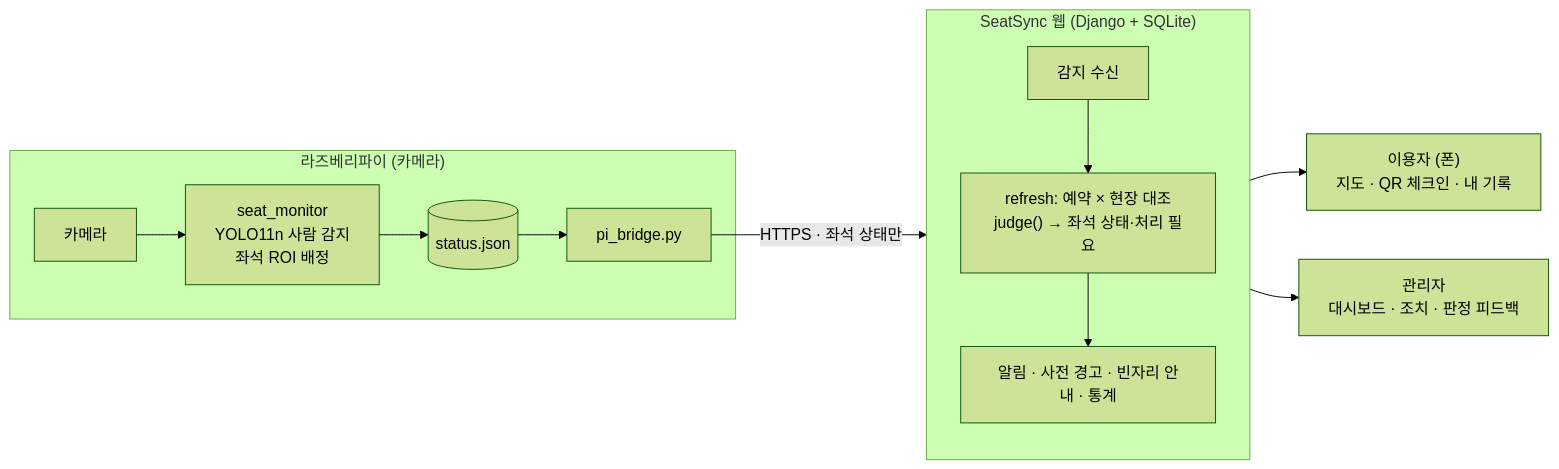
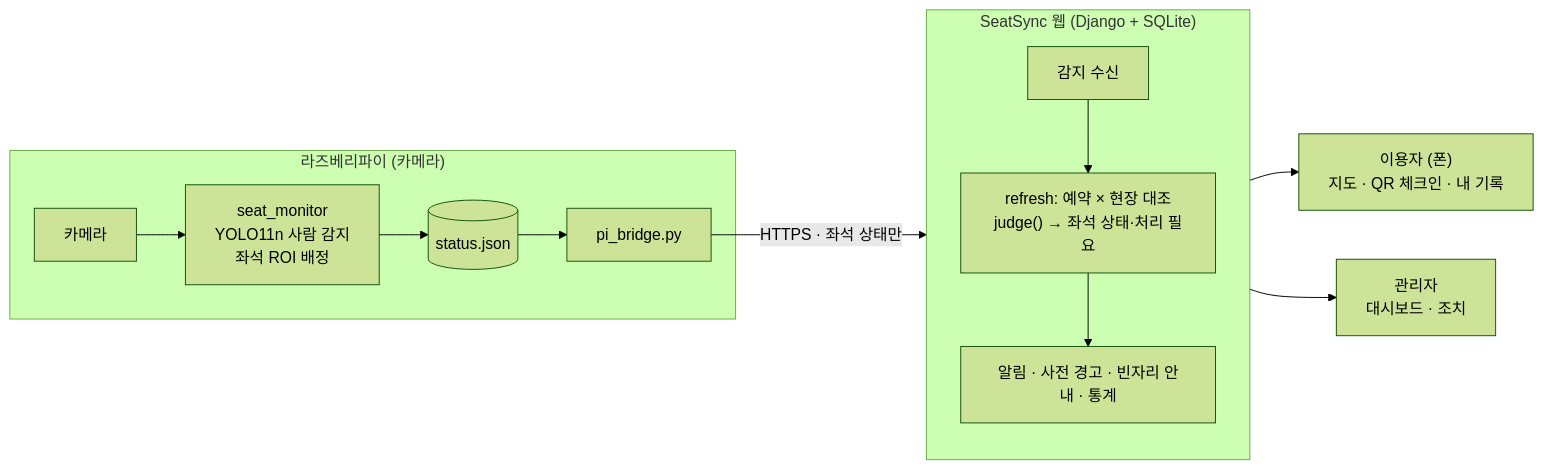
The diagram in README.md (yugh27194/SeatSync), drawn with Mermaid (forest theme) before and after one commit. The commit also changed other lines of this file and 19 other files, not shown here.

````diff
--- a/README.md
+++ b/README.md
@@ -37,13 +37,13 @@
 ```mermaid
 flowchart LR
   subgraph PI["라즈베리파이 (카메라)"]
     C["카메라"] --> M["seat_monitor<br/>YOLO11n 사람 감지<br/>좌석 ROI 배정"] --> S[("status.json")] --> B["pi_bridge.py"]
   end
   B -- "HTTPS · 좌석 상태만" --> W
   subgraph W["SeatSync 웹 (Django + SQLite)"]
     D["감지 수신"] --> R["refresh: 예약 × 현장 대조<br/>judge() → 좌석 상태·처리 필요"]
     R --> N["알림 · 사전 경고 · 빈자리 안내 · 통계"]
   end
   W --> U["이용자 (폰)<br/>지도 · QR 체크인 · 내 기록"]
-  W --> A["관리자<br/>대시보드 · 조치 · 판정 피드백"]
+  W --> A["관리자<br/>대시보드 · 조치"]
 ```
````
